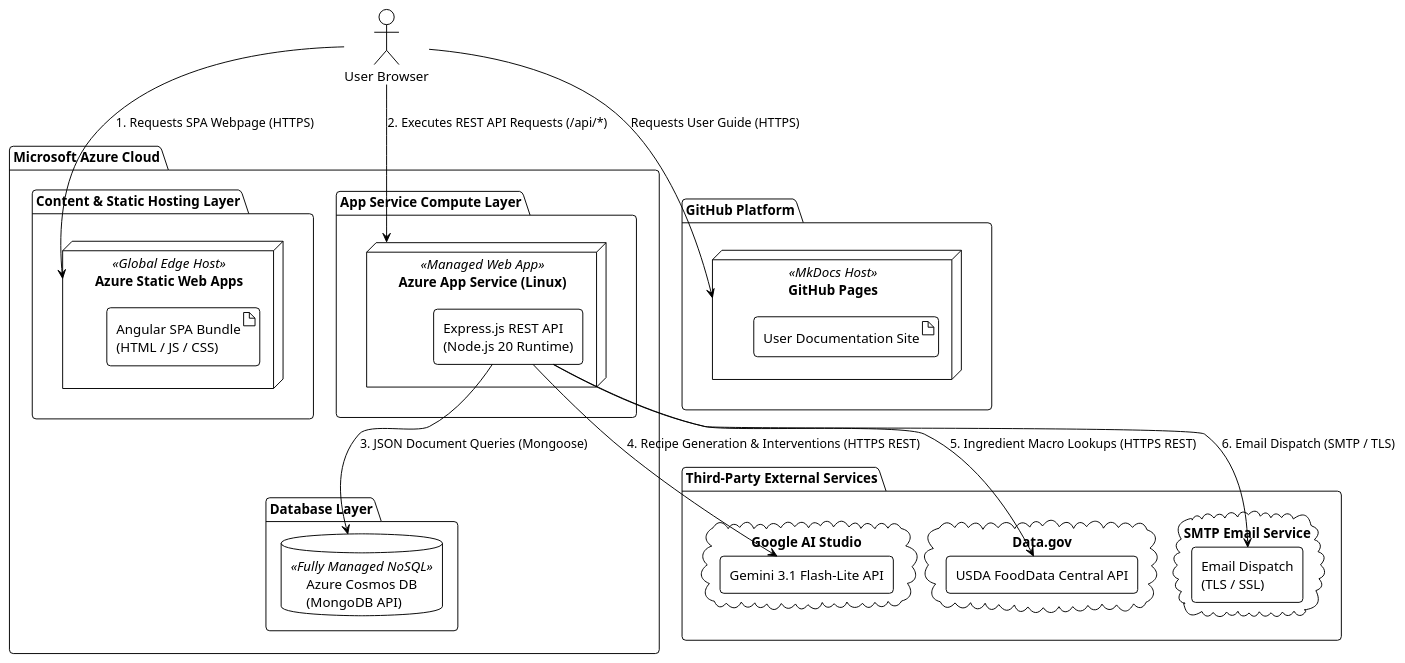
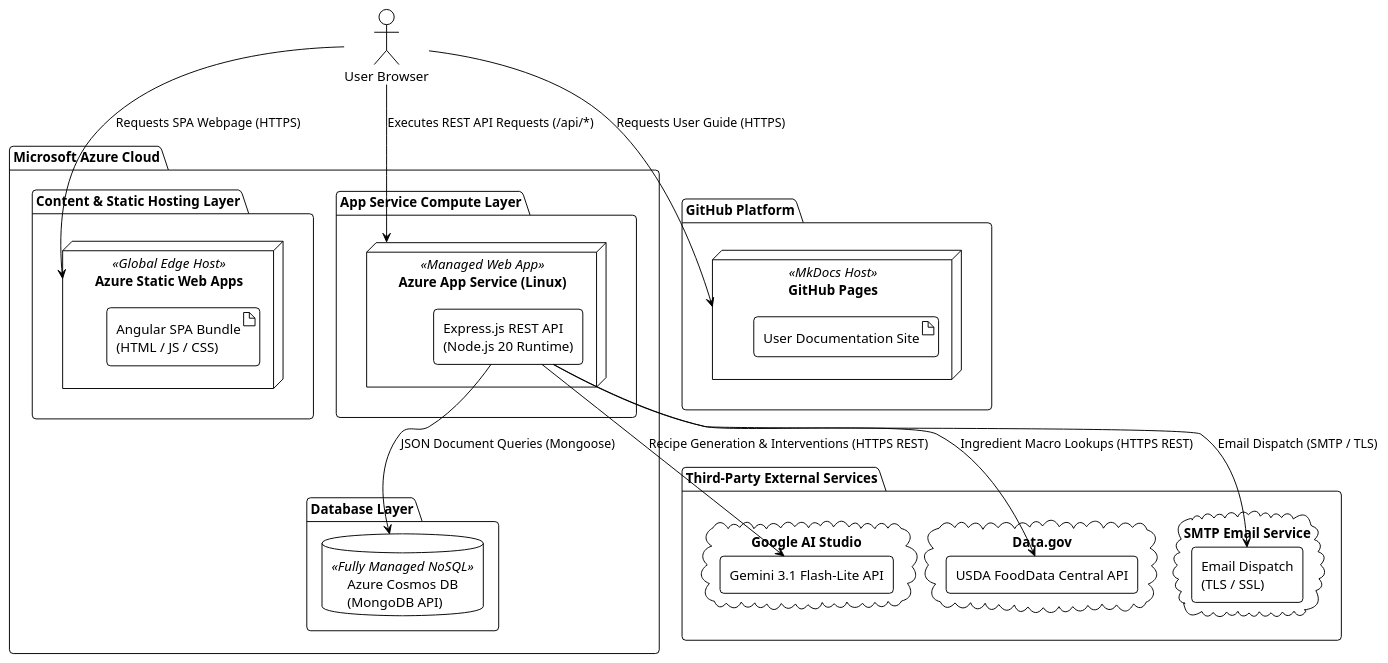
The diagram in docs/plantUML/deployment-diagram.puml (rogueLogical/MealPlan), drawn with PlantUML before and after one commit. The commit also changed 17 other files, not shown here.

Commit message:
Updated PlantUML diagrams

```diff
--- a/docs/plantUML/deployment-diagram.puml
+++ b/docs/plantUML/deployment-diagram.puml
@@ -1,57 +1,57 @@
 @startuml
 !theme plain
 skinparam componentStyle rectangle
 skinparam roundcorner 8
 
 actor "User Browser" as Client
 
 package "Microsoft Azure Cloud" {
 
     package "Content & Static Hosting Layer" {
         node "Azure Static Web Apps" as SWA <<Global Edge Host>> {
             artifact "Angular SPA Bundle\n(HTML / JS / CSS)" as SPA
         }
     }
 
     package "App Service Compute Layer" {
         node "Azure App Service (Linux)" as AppService <<Managed Web App>> {
             component "Express.js REST API\n(Node.js 20 Runtime)" as API
         }
     }
 
     package "Database Layer" {
         database "Azure Cosmos DB\n(MongoDB API)" as DB <<Fully Managed NoSQL>>
     }
 }
 
 package "Third-Party External Services" {
     cloud "Google AI Studio" as GeminiCloud {
         component "Gemini 3.1 Flash-Lite API" as GeminiAPI
     }
 
     cloud "Data.gov" as USDACloud {
         component "USDA FoodData Central API" as USDAAPI
     }
 
     cloud "SMTP Email Service" as MailCloud {
         component "Email Dispatch\n(TLS / SSL)" as MailAPI
     }
 }
 
 package "GitHub Platform" {
     node "GitHub Pages" as GHPages <<MkDocs Host>> {
         artifact "User Documentation Site" as Docs
     }
 }
 
 ' Traffic & Data Flow Directions
-Client --> SWA : 1. Requests SPA Webpage (HTTPS)
-Client --> AppService : 2. Executes REST API Requests (/api/*)
+Client --> SWA : Requests SPA Webpage (HTTPS)
+Client --> AppService : Executes REST API Requests (/api/*)
 Client --> GHPages : Requests User Guide (HTTPS)
 
-API --> DB : 3. JSON Document Queries (Mongoose)
-API --> GeminiAPI : 4. Recipe Generation & Interventions (HTTPS REST)
-API --> USDAAPI : 5. Ingredient Macro Lookups (HTTPS REST)
-API --> MailAPI : 6. Email Dispatch (SMTP / TLS)
+API --> DB : JSON Document Queries (Mongoose)
+API --> GeminiAPI : Recipe Generation & Interventions (HTTPS REST)
+API --> USDAAPI : Ingredient Macro Lookups (HTTPS REST)
+API --> MailAPI : Email Dispatch (SMTP / TLS)
 
 @endluml
```
